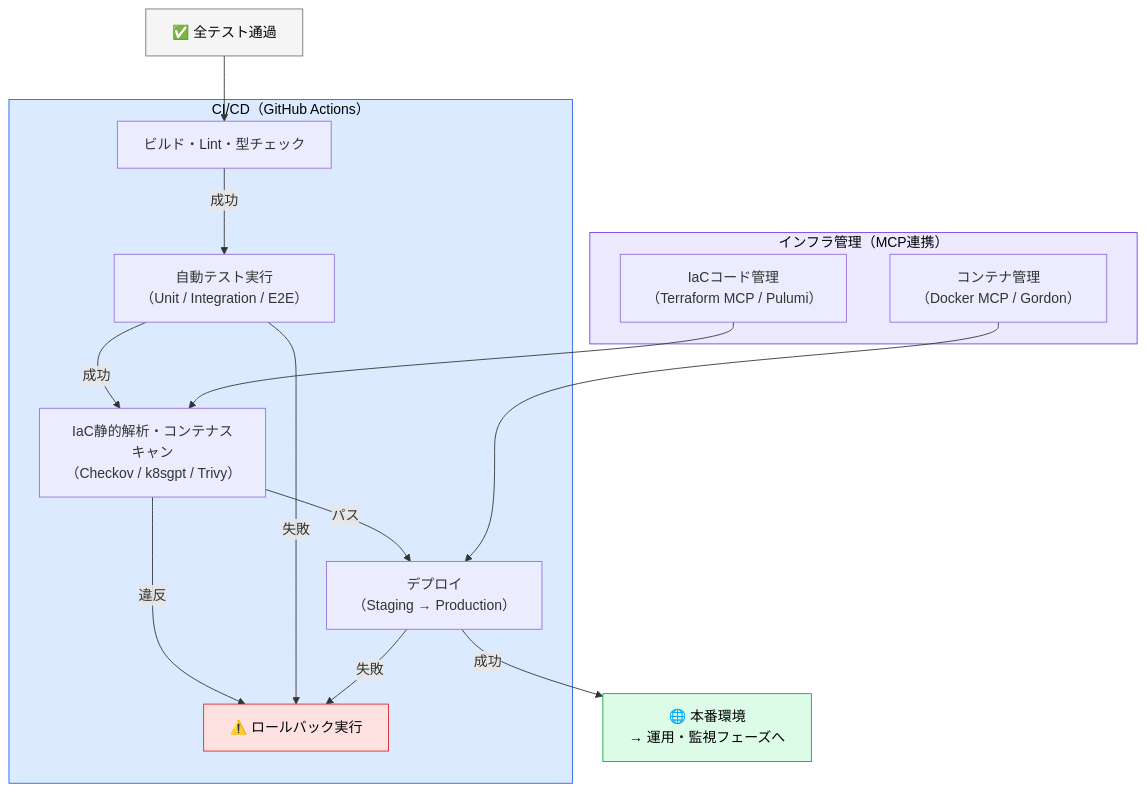
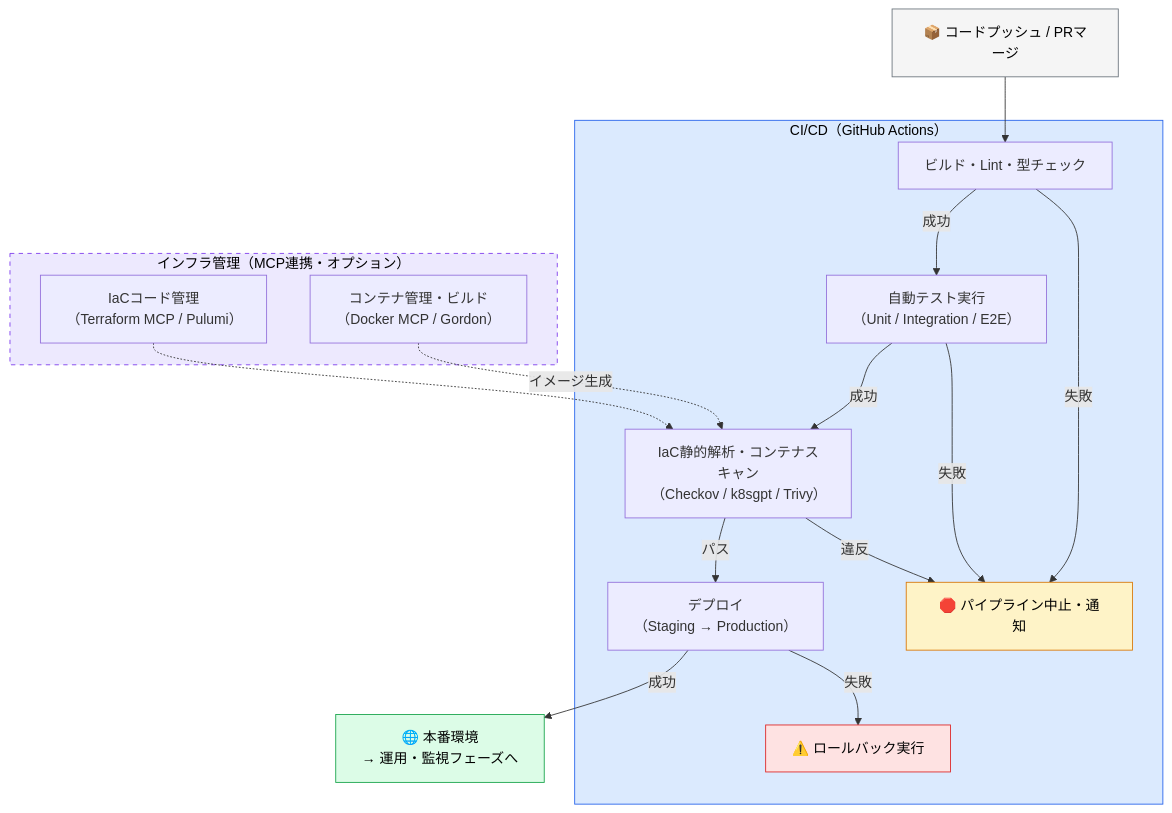
Diagram 18 of 44 in AI駆動開発.md (takuma39/ai), drawn with Mermaid before and after one commit. The commit also changed other lines of this file, not shown here.

````diff
--- a/AI駆動開発.md
+++ b/AI駆動開発.md
@@ -725,36 +727,39 @@
 ```mermaid
 graph TD
-    TestPass["✅ 全テスト通過"]
+    Trigger["📦 コードプッシュ / PRマージ"]
 
     subgraph cicd["CI/CD（GitHub Actions）"]
         Build["ビルド・Lint・型チェック"]
         AutoTest["自動テスト実行<br/>（Unit / Integration / E2E）"]
         InfraScan["IaC静的解析・コンテナスキャン<br/>（Checkov / k8sgpt / Trivy）"]
         Deploy["デプロイ<br/>（Staging → Production）"]
         Rollback["⚠️ ロールバック実行"]
+        Halt["🛑 パイプライン中止・通知"]
     end
 
-    subgraph infra["インフラ管理（MCP連携）"]
+    subgraph infra["インフラ管理（MCP連携・オプション）"]
         IaC["IaCコード管理<br/>（Terraform MCP / Pulumi）"]
-        Container["コンテナ管理<br/>（Docker MCP / Gordon）"]
+        Container["コンテナ管理・ビルド<br/>（Docker MCP / Gordon）"]
     end
 
     Prod["🌐 本番環境<br/>→ 運用・監視フェーズへ"]
 
-    TestPass --> Build
+    Trigger --> Build
     Build -->|"成功"| AutoTest
+    Build -->|"失敗"| Halt
     AutoTest -->|"成功"| InfraScan
-    IaC --> InfraScan
+    AutoTest -->|"失敗"| Halt
+    IaC -.-> InfraScan
+    Container -.->|"イメージ生成"| InfraScan
     InfraScan -->|"パス"| Deploy
-    InfraScan -->|"違反"| Rollback
-    AutoTest -->|"失敗"| Rollback
-    Container --> Deploy
+    InfraScan -->|"違反"| Halt
     Deploy -->|"成功"| Prod
     Deploy -->|"失敗"| Rollback
 
-    style TestPass fill:#f5f5f5,stroke:#6c757d,color:#000
+    style Trigger fill:#f5f5f5,stroke:#6c757d,color:#000
     style cicd fill:#dbeafe,stroke:#2563eb,color:#000
-    style infra fill:#ede9fe,stroke:#7c3aed,color:#000
+    style infra fill:#ede9fe,stroke:#7c3aed,color:#000,stroke-dasharray: 5 5
     style Prod fill:#dcfce7,stroke:#16a34a,color:#000
     style Rollback fill:#fee2e2,stroke:#dc2626,color:#000
+    style Halt fill:#fef3c7,stroke:#d97706,color:#000
 ```
````
